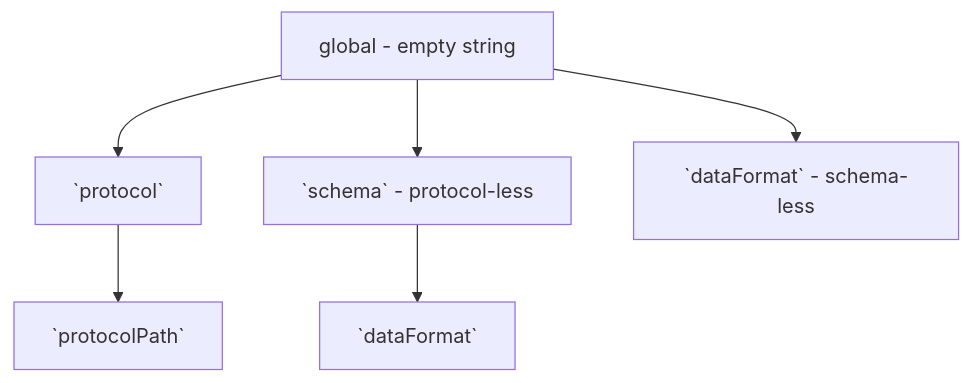
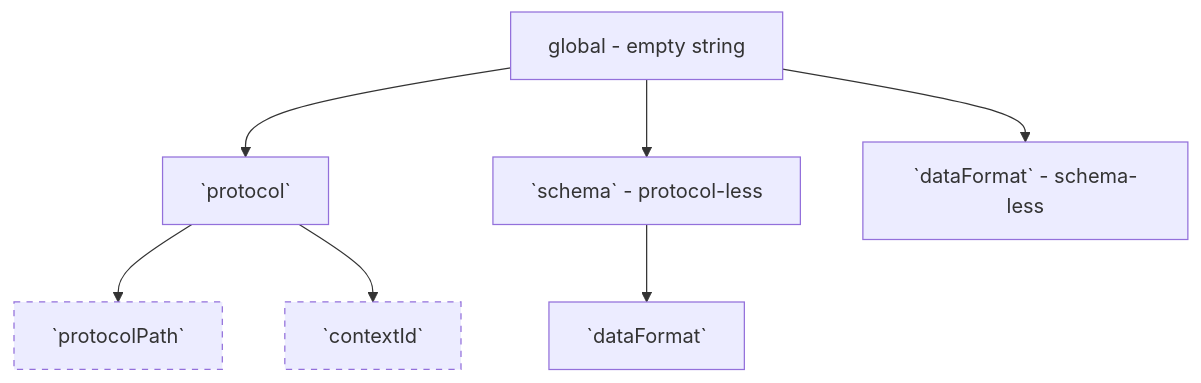
Before and after one commit to TBD54566975/technical-proposals: the first of 3 diagrams in tp025/README.md, drawn with Mermaid. The commit also changed other lines of this file, not shown here.

````diff
--- a/tp025/README.md
+++ b/tp025/README.md
@@ -52,8 +52,11 @@
 ```mermaid
 graph TD;
   global[global - empty string]-->protocol[`protocol`];
-  protocol-->path[`protocolPath`]
+  protocol-->path[`protocolPath`]:::intersectingScope
+  protocol-->context[`contextId`]:::intersectingScope
   schema-->schema-data-format[`dataFormat`]
   global-->schema[`schema` - protocol-less];
   global-->data-format[`dataFormat` - schema-less];
+
+  classDef intersectingScope stroke-dasharray: 5
 ```
````
